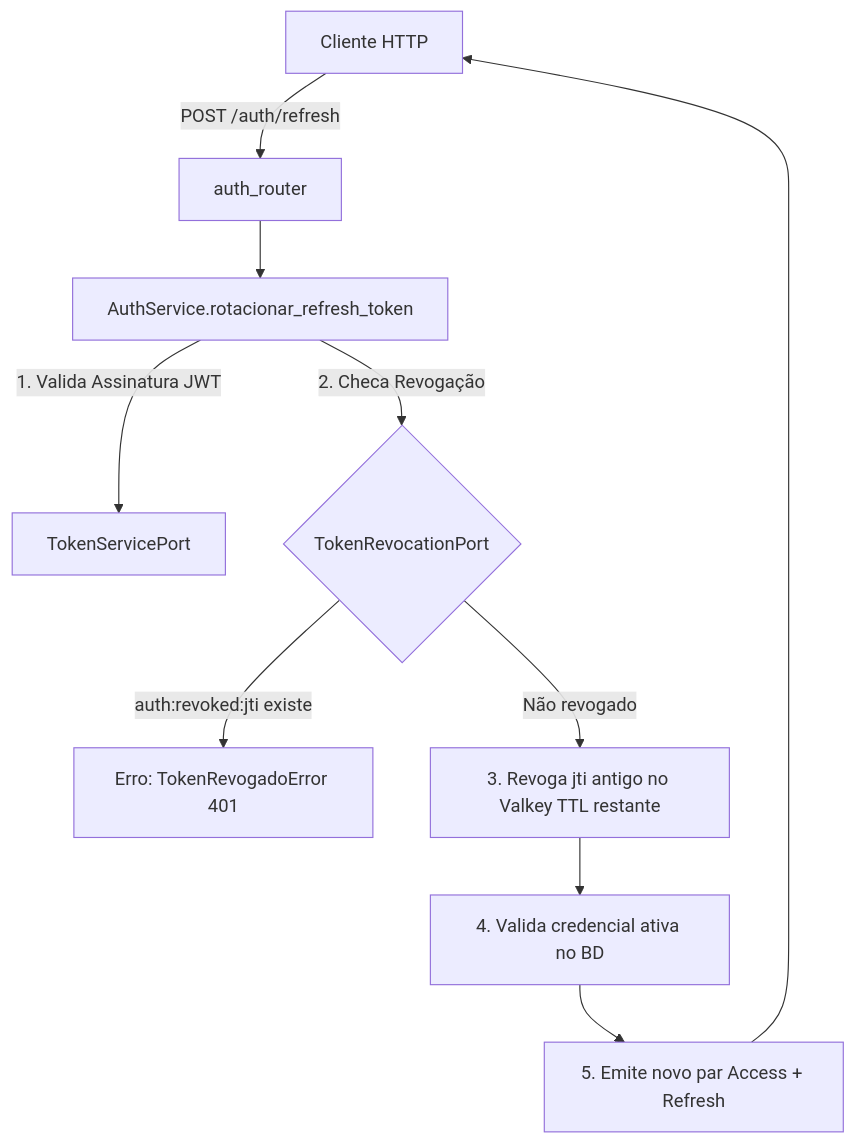
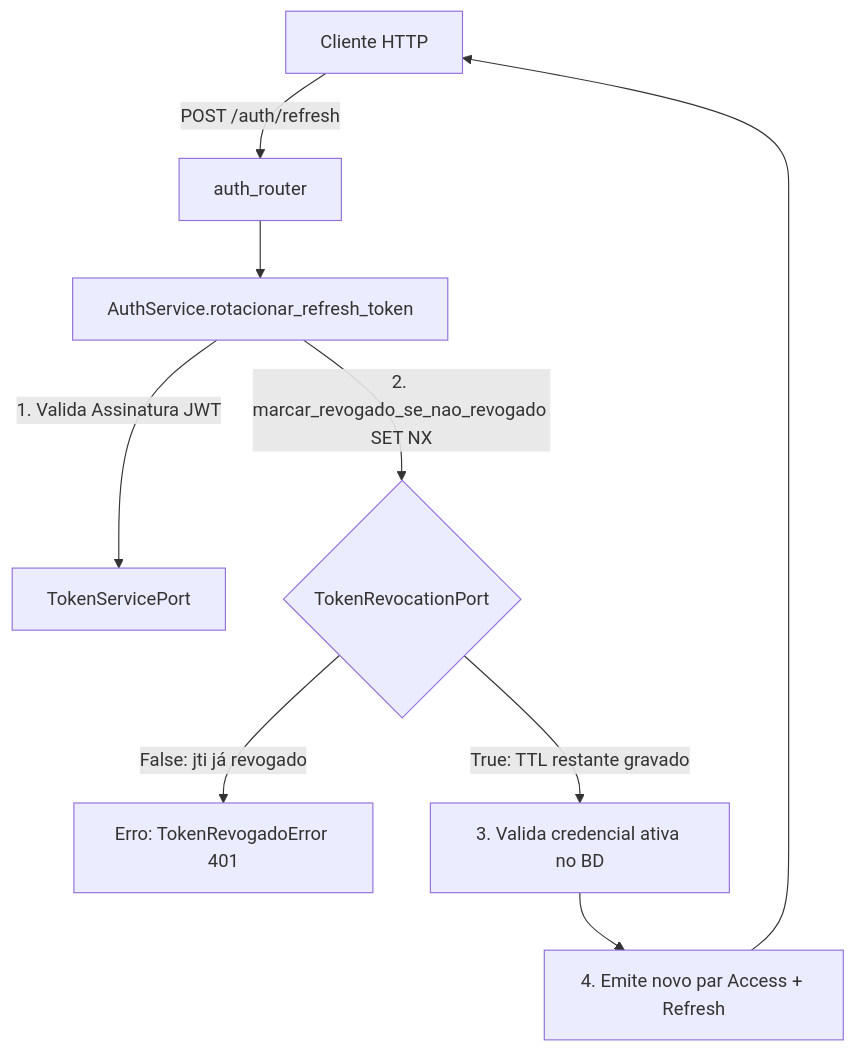
One commit to Rafaelp122/medisync changed the third of 3 diagrams in docs/explanation/domains/auth-domain.md. Above: the diagram before and after it, drawn with Mermaid. The commit also changed other lines of this file and 72 other files, not shown here.

First line of the commit message:
fix(auth,identity): fechar ATO CADSUS/Fase 1, destravar MFA e extrair ChallengeStorePort

````diff
--- a/docs/explanation/domains/auth-domain.md
+++ b/docs/explanation/domains/auth-domain.md
@@ -70,12 +70,11 @@
 ```mermaid
 flowchart TD
     Client[Cliente HTTP] -->|POST /auth/refresh| Router[auth_router]
     Router --> Service[AuthService.rotacionar_refresh_token]
     Service -->|1. Valida Assinatura JWT| TokenService[TokenServicePort]
-    Service -->|2. Checa Revogação| Revocation{TokenRevocationPort}
-    Revocation -->|auth:revoked:jti existe| Abort[Erro: TokenRevogadoError 401]
-    Revocation -->|Não revogado| RevokeOld[3. Revoga jti antigo no Valkey TTL restante]
-    RevokeOld --> CheckCred[4. Valida credencial ativa no BD]
-    CheckCred --> IssueNew[5. Emite novo par Access + Refresh]
+    Service -->|2. marcar_revogado_se_nao_revogado SET NX| Revocation{TokenRevocationPort}
+    Revocation -->|False: jti já revogado| Abort[Erro: TokenRevogadoError 401]
+    Revocation -->|True: TTL restante gravado| CheckCred[3. Valida credencial ativa no BD]
+    CheckCred --> IssueNew[4. Emite novo par Access + Refresh]
     IssueNew --> Client
 ```
````
